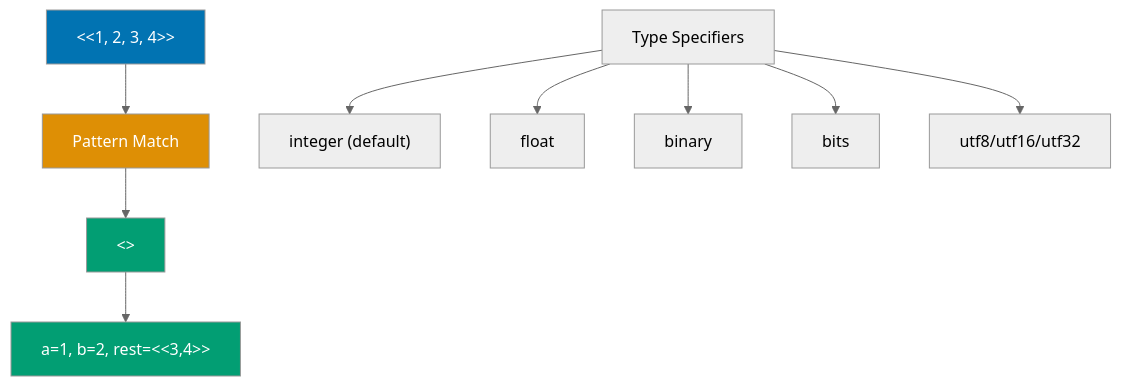
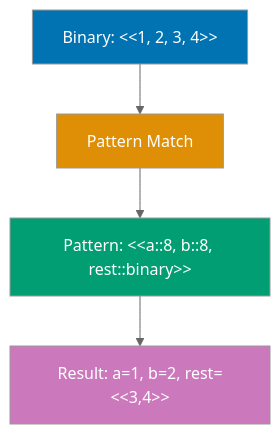
Before and after one commit to wahidyankf/open-sharia-enterprise: diagram 19 of 20 in apps/ayokoding-web/content/en/learn/software-engineering/programming-languages/elixir/tutorials/by-example/advanced.md, drawn with Mermaid (neutral theme). The commit also changed other lines of this file and 86 other files, not shown here.

First line of the commit message:
feat(diagrams): implement TD default layout and diagram splitting for mobile

````diff
--- a/apps/ayokoding-web/content/en/learn/software-engineering/programming-languages/elixir/tutorials/by-example/advanced.md
+++ b/apps/ayokoding-web/content/en/learn/software-engineering/programming-languages/elixir/tutorials/by-example/advanced.md
@@ -2295,18 +2345,11 @@
 ```mermaid
-%% Color Palette: Blue #0173B2, Orange #DE8F05, Teal #029E73, Purple #CC78BC, Brown #CA9161
-graph TB
-    Binary["<<1, 2, 3, 4>>"] --> Match["Pattern Match"]
-    Match --> Parts["<<a::8, b::8, rest::binary>>"]
-    Parts --> Values["a=1, b=2, rest=<<3,4>>"]
-
-    Format["Type Specifiers"] --> Int["integer (default)"]
-    Format --> Float["float"]
-    Format --> Bin["binary"]
-    Format --> Bits["bits"]
-    Format --> UTF["utf8/utf16/utf32"]
+graph TD
+    Binary["Binary: #60;#60;1, 2, 3, 4#62;#62;"] --> Match["Pattern Match"]
+    Match --> Parts["Pattern: #60;#60;a::8, b::8, rest::binary#62;#62;"]
+    Parts --> Values["Result: a=1, b=2, rest=#60;#60;3,4#62;#62;"]
 
     style Binary fill:#0173B2,color:#fff
     style Match fill:#DE8F05,color:#fff
     style Parts fill:#029E73,color:#fff
-    style Values fill:#029E73,color:#fff
+    style Values fill:#CC78BC,color:#fff
 ```
````
